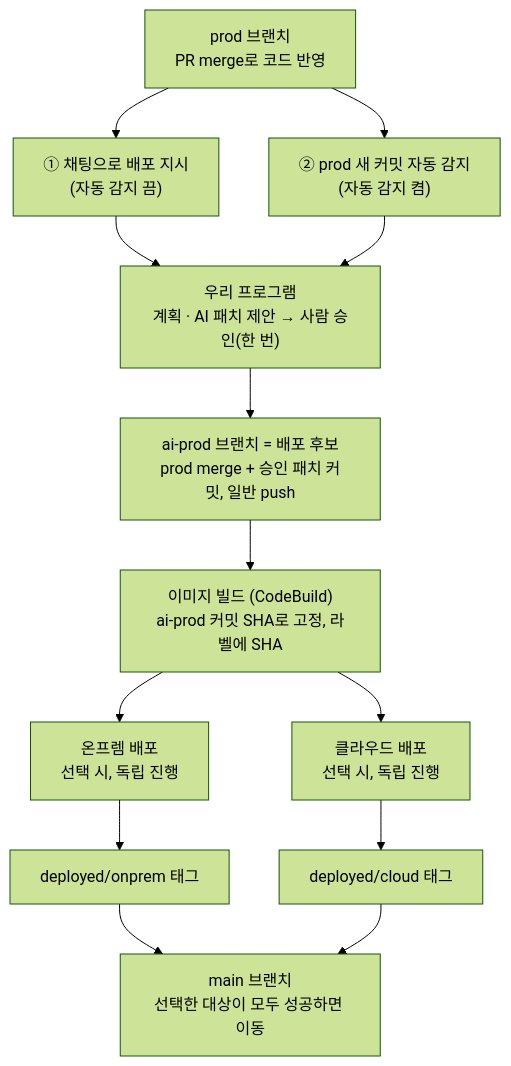
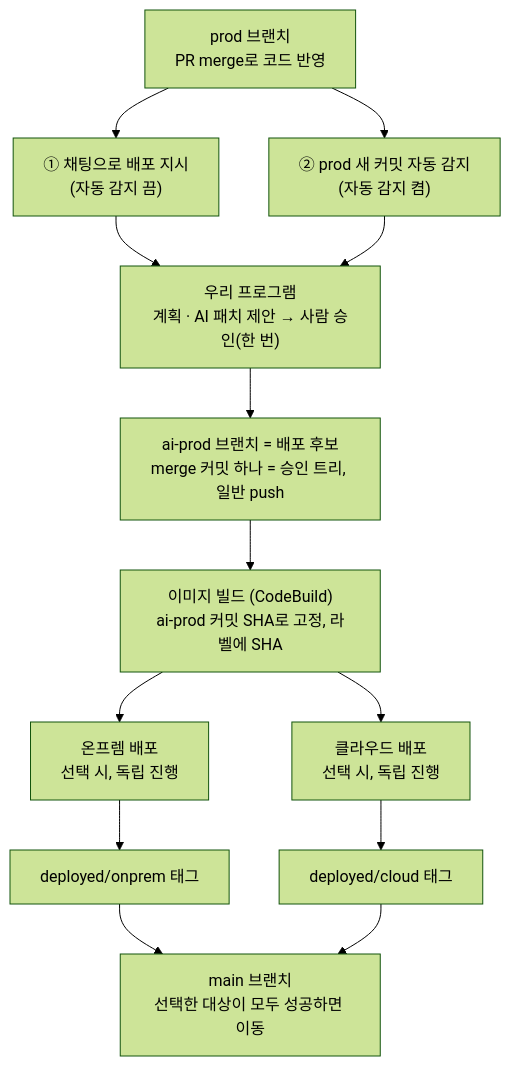
The diagram in single-app/dev-docs/roles/00_10월1일-변경사항.md (2026-Gerbera/gerbera-deploy-ai), drawn with Mermaid (forest theme) before and after one commit. The commit also changed other lines of this file and 23 other files, not shown here.

````diff
--- a/single-app/dev-docs/roles/00_10월1일-변경사항.md
+++ b/single-app/dev-docs/roles/00_10월1일-변경사항.md
@@ -9,15 +15,15 @@
 ```mermaid
 flowchart TD
     A["prod 브랜치<br/>PR merge로 코드 반영"] --> B1["① 채팅으로 배포 지시<br/>(자동 감지 끔)"]
     A --> B2["② prod 새 커밋 자동 감지<br/>(자동 감지 켬)"]
     B1 --> C["우리 프로그램<br/>계획 · AI 패치 제안 → 사람 승인(한 번)"]
     B2 --> C
-    C --> D["ai-prod 브랜치 = 배포 후보<br/>prod merge + 승인 패치 커밋, 일반 push"]
+    C --> D["ai-prod 브랜치 = 배포 후보<br/>merge 커밋 하나 = 승인 트리, 일반 push"]
     D --> E["이미지 빌드 (CodeBuild)<br/>ai-prod 커밋 SHA로 고정, 라벨에 SHA"]
     E --> F1["온프렘 배포<br/>선택 시, 독립 진행"]
     E --> F2["클라우드 배포<br/>선택 시, 독립 진행"]
     F1 --> G1["deployed/onprem 태그"]
     F2 --> G2["deployed/cloud 태그"]
     G1 --> H["main 브랜치<br/>선택한 대상이 모두 성공하면 이동"]
     G2 --> H
 ```
````
